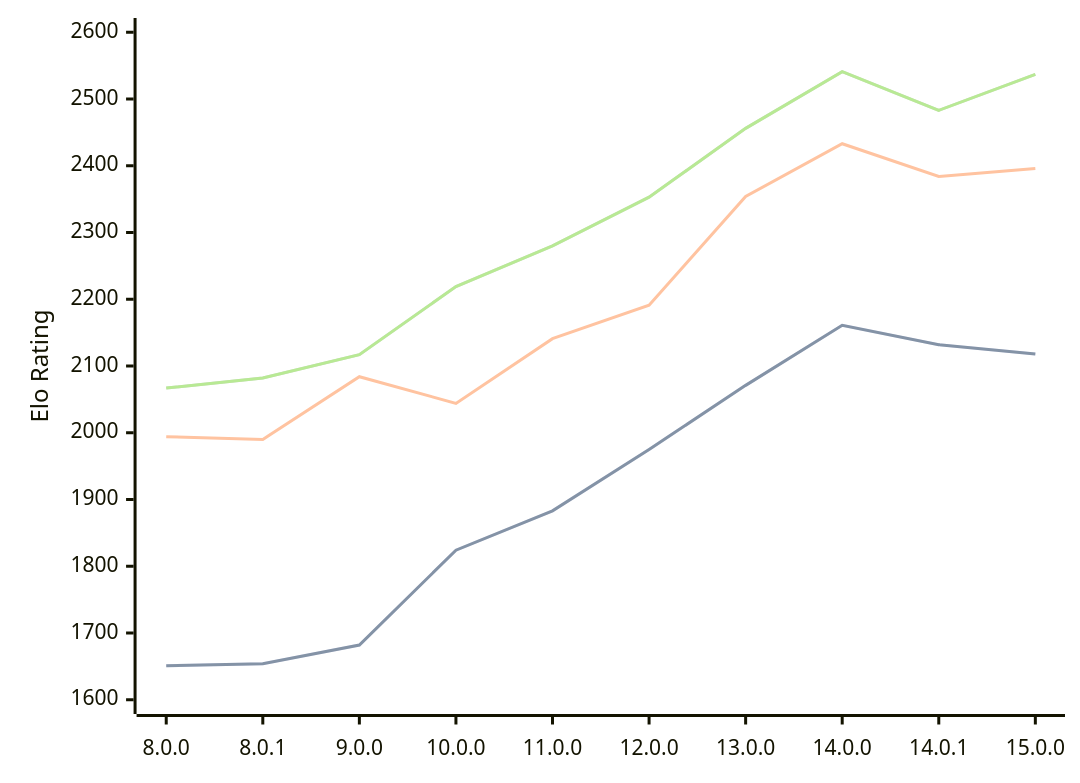
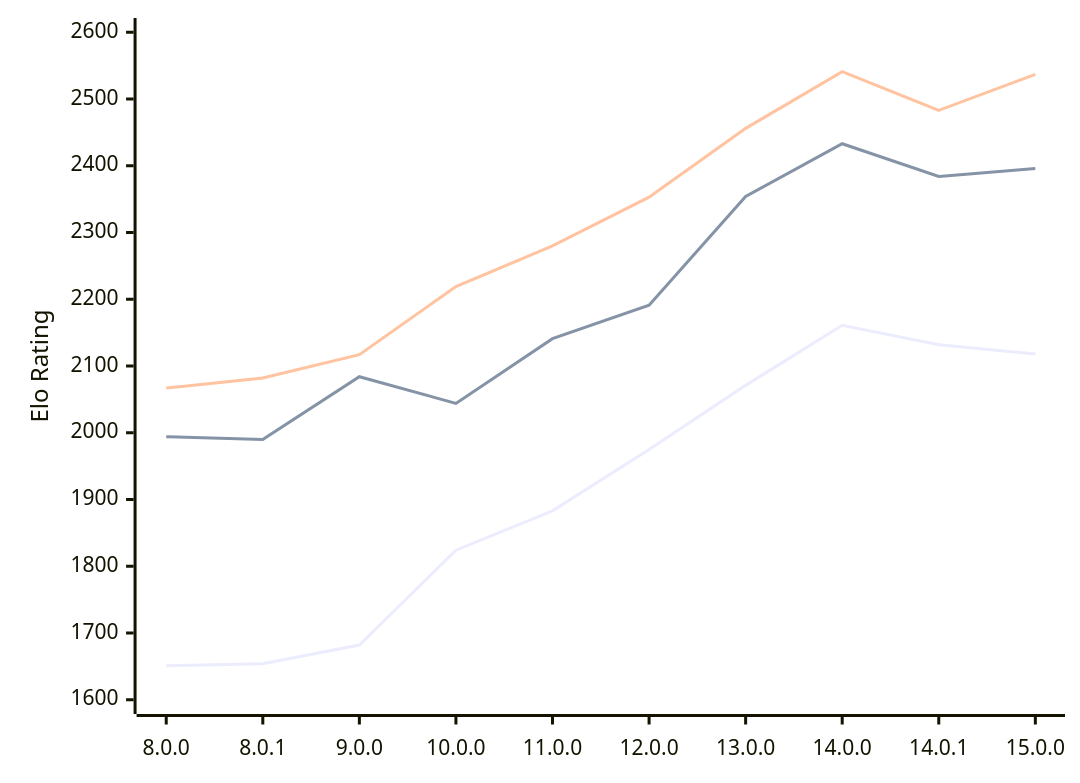
Before and after one commit to computer-chess-index/cci: the diagram in engines/Cepimetheus.md, drawn with Mermaid. The commit also changed other lines of this file, not shown here.

Commit message:
Update CCI Ratings (ELO VLTC) - 2026-08-26

````diff
--- a/engines/Cepimetheus.md
+++ b/engines/Cepimetheus.md
@@ -66,11 +66,9 @@
 ```mermaid
 %%{init: {"theme":"base","themeVariables":{"seriesColors:['#a3a3a3','#222221','#faa371']}}}%%
 xychart-beta
   x-axis ["8.0.0", "8.0.1", "9.0.0", "10.0.0", "11.0.0", "12.0.0", "13.0.0", "14.0.0", "14.0.1", "15.0.0"]
   y-axis "Elo Rating" 1600 --> 2600
   line "STC (8.0+0.08s)" [1651, 1654, 1682, 1824, 1883, 1975, 2071, 2161, 2132, 2118]
-  line "STC (8.0+0.08s)" [1651, 1654, 1682, 1824, 1883, 1975, 2071, 2161, 2132, 2118]
   line "LTC (60.0+0.60s)" [1994, 1990, 2084, 2044, 2141, 2191, 2354, 2433, 2384, 2396]
   line "VLTC (2m24s+1.12s)" [2067, 2082, 2117, 2219, 2280, 2353, 2456, 2541, 2483, 2537]
-  line "VLTC (2m24s+1.12s)" [2067, 2082, 2117, 2219, 2280, 2353, 2456, 2541, 2483, 2537]
 ```
````
